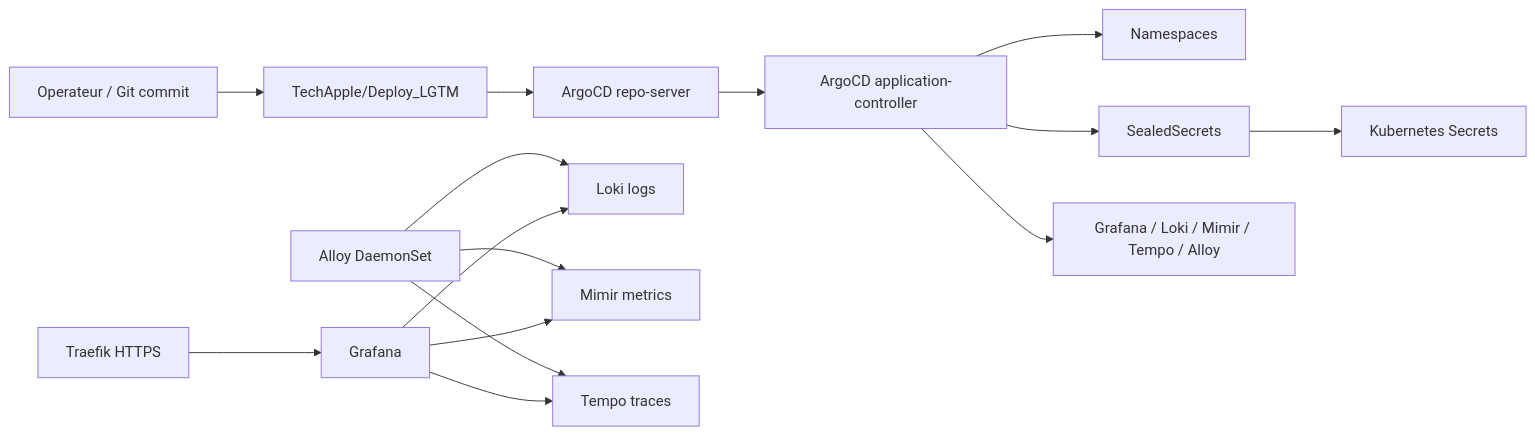
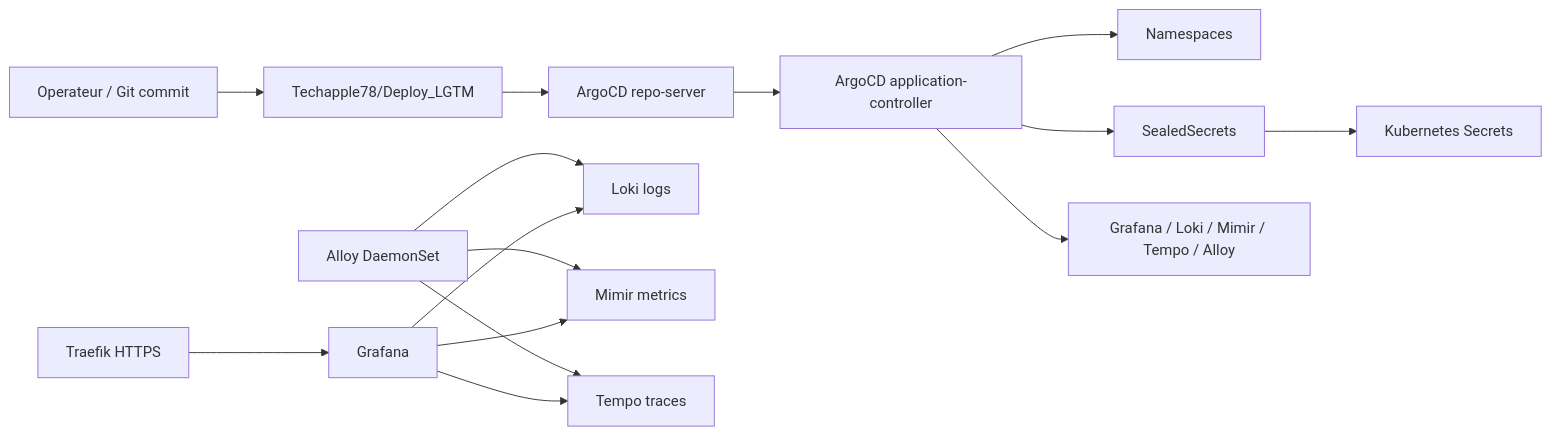
The first of 2 diagrams in docs/pods-inventory.md (Techapple78/Deploy_LGTM), drawn with Mermaid before and after one commit. The commit also changed other lines of this file and 26 other files, not shown here.

````diff
--- a/docs/pods-inventory.md
+++ b/docs/pods-inventory.md
@@ -94,17 +94,17 @@
 ```mermaid
 flowchart LR
-  Dev[Operateur / Git commit] --> Git[TechApple/Deploy_LGTM]
+  Dev[Operateur / Git commit] --> Git[Techapple78/Deploy_LGTM]
   Git --> Repo[ArgoCD repo-server]
   Repo --> App[ArgoCD application-controller]
   App --> NS[Namespaces]
   App --> SS[SealedSecrets]
   App --> LGTM[Grafana / Loki / Mimir / Tempo / Alloy]
   SS --> K8SSecret[Kubernetes Secrets]
   Alloy[Alloy DaemonSet] --> Loki[Loki logs]
   Alloy --> Mimir[Mimir metrics]
   Alloy --> Tempo[Tempo traces]
   Grafana[Grafana] --> Loki
   Grafana --> Mimir
   Grafana --> Tempo
   Traefik[Traefik HTTPS] --> Grafana
 ```
````
